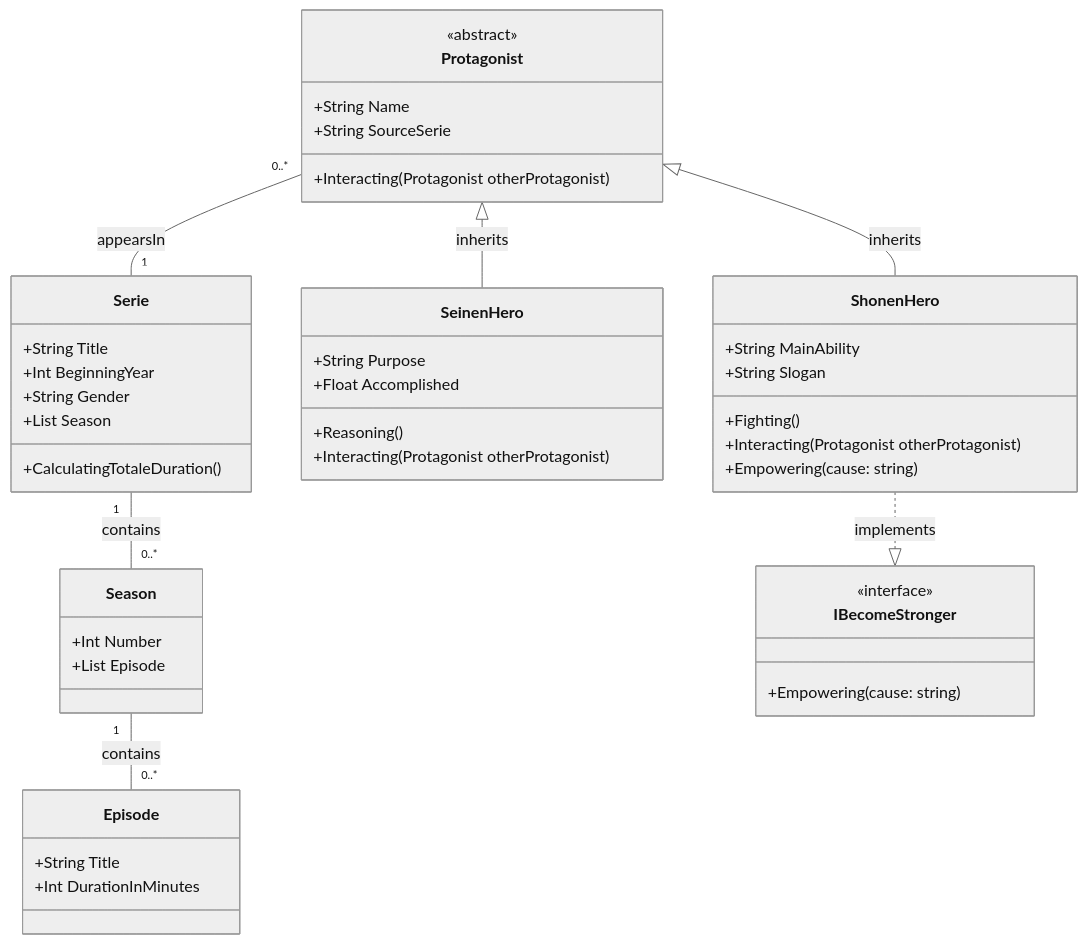
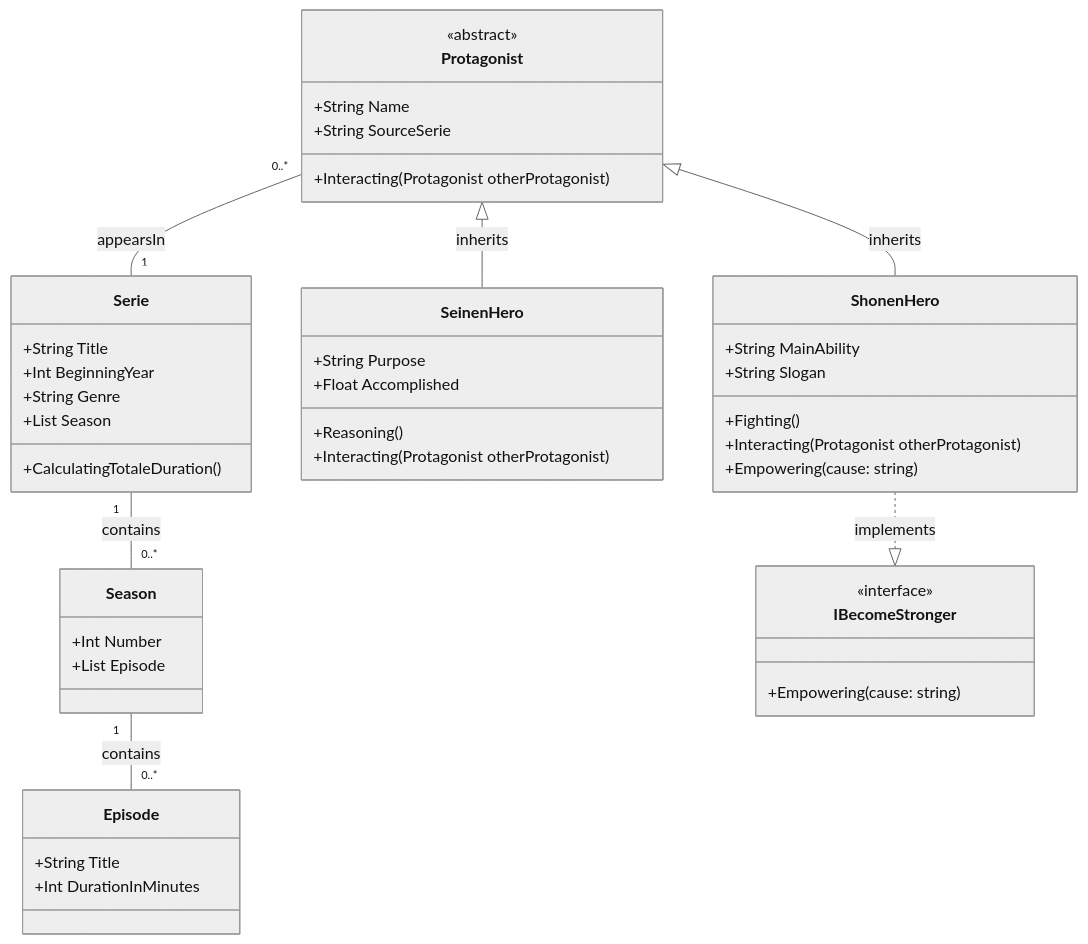
One commit to xEsiah/RenduProjetFinalOOM changed the diagram in HierachieDeClasse.mmd. Above: the diagram before and after it, drawn with Mermaid (neutral theme). The commit also changed 13 other files, not shown here.

```diff
--- a/HierachieDeClasse.mmd
+++ b/HierachieDeClasse.mmd
@@ -1,53 +1,53 @@
 classDiagram
     class Protagonist {
         <<abstract>>
         +String Name
         +String SourceSerie
         +Interacting(Protagonist otherProtagonist)
     }
 
     class ShonenHero {
         +String MainAbility
         +String Slogan
         +Fighting()
         +Interacting(Protagonist otherProtagonist)
         +Empowering(cause: string)
     }
     
     class SeinenHero {
         +String Purpose
         +Float Accomplished
         +Reasoning()
         +Interacting(Protagonist otherProtagonist)
     }
     
     class Season {
         +Int Number
         +List<Episode> Episode
     }
     
     class Episode {
         +String Title
         +Int DurationInMinutes
     }
     
     class Serie {
         +String Title
         +Int BeginningYear
-        +String Gender
+        +String Genre
         +List<Season> Season
         +CalculatingTotaleDuration()
     }
 
     class IBecomeStronger {
         <<interface>>
         +Empowering(cause: string)
     }
 
     %% Relations
     Protagonist <|-- ShonenHero : inherits
     Protagonist <|-- SeinenHero : inherits
     ShonenHero ..|> IBecomeStronger : implements
     Serie "1" -- "0..*" Season : contains
     Season "1" -- "0..*" Episode : contains
     Protagonist "0..*" -- "1" Serie : appearsIn
```
